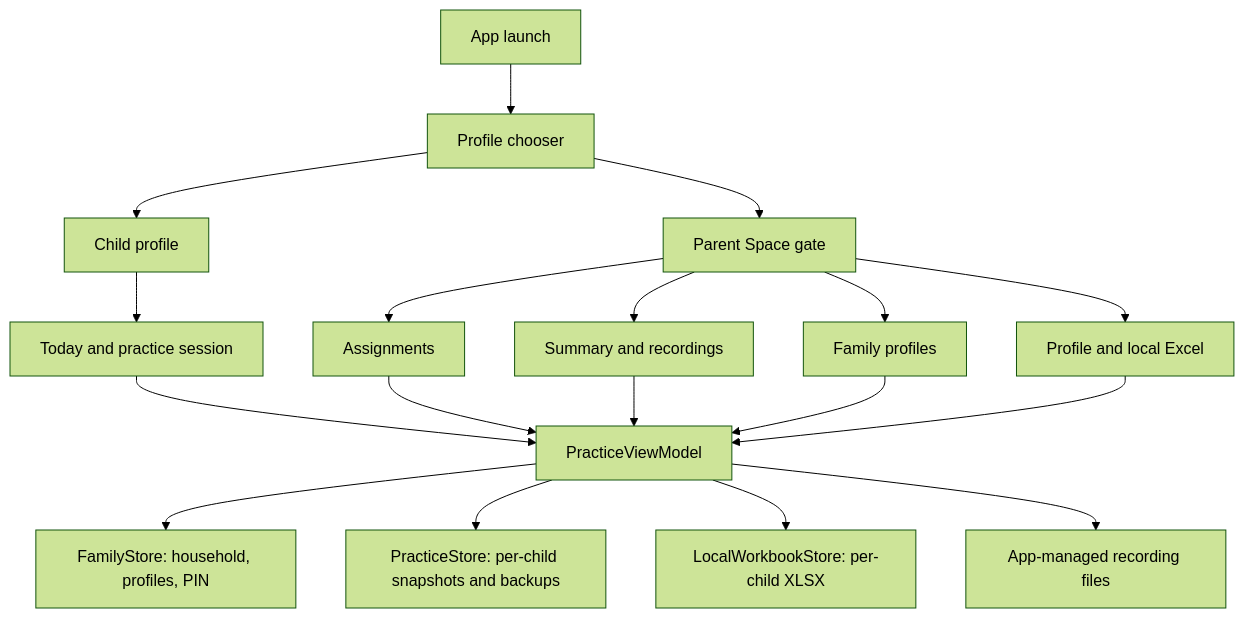
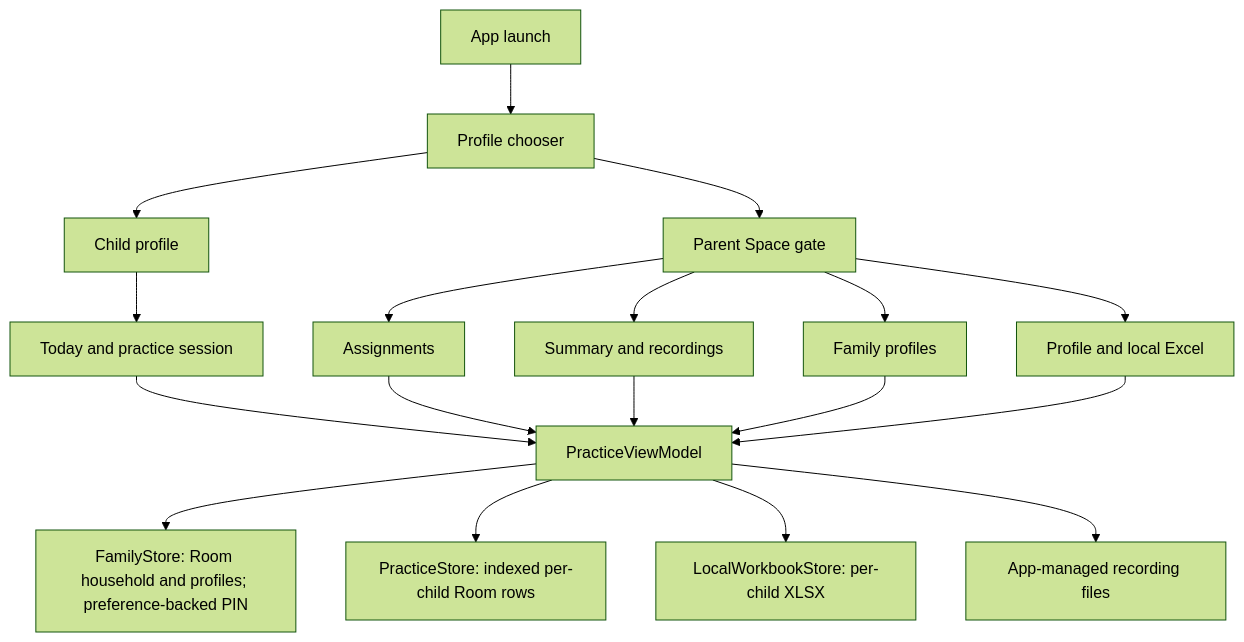
One commit to kenkenling/lincoln-family changed the diagram in violin-practice-android/docs/LK_PRACTICE_BASELINE_AND_PHASE_B.md. Above: the diagram before and after it, drawn with Mermaid (forest theme). The commit also changed other lines of this file and 23 other files, not shown here.

Commit message:
Migrate practice data to Room and add assignment history

````diff
--- a/violin-practice-android/docs/LK_PRACTICE_BASELINE_AND_PHASE_B.md
+++ b/violin-practice-android/docs/LK_PRACTICE_BASELINE_AND_PHASE_B.md
@@ -41,20 +41,20 @@
 ```mermaid
 flowchart TD
     A[App launch] --> B[Profile chooser]
     B --> C[Child profile]
     B --> D[Parent Space gate]
     C --> E[Today and practice session]
     D --> F[Assignments]
     D --> G[Summary and recordings]
     D --> H[Family profiles]
     D --> I[Profile and local Excel]
     E --> J[PracticeViewModel]
     F --> J
     G --> J
     H --> J
     I --> J
-    J --> K[FamilyStore: household, profiles, PIN]
-    J --> L[PracticeStore: per-child snapshots and backups]
+    J --> K[FamilyStore: Room household and profiles; preference-backed PIN]
+    J --> L[PracticeStore: indexed per-child Room rows]
     J --> M[LocalWorkbookStore: per-child XLSX]
     J --> N[App-managed recording files]
 ```
````
